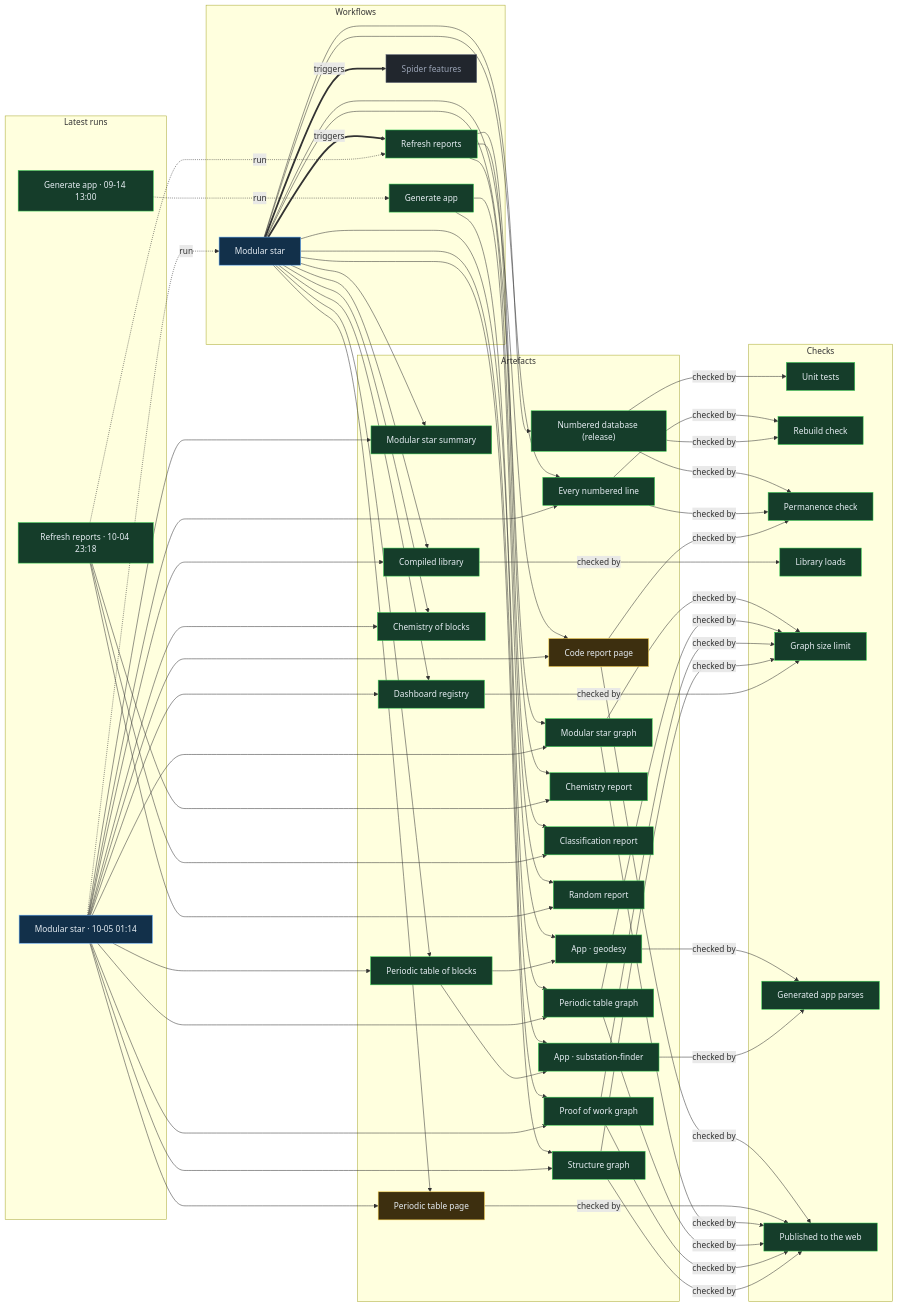
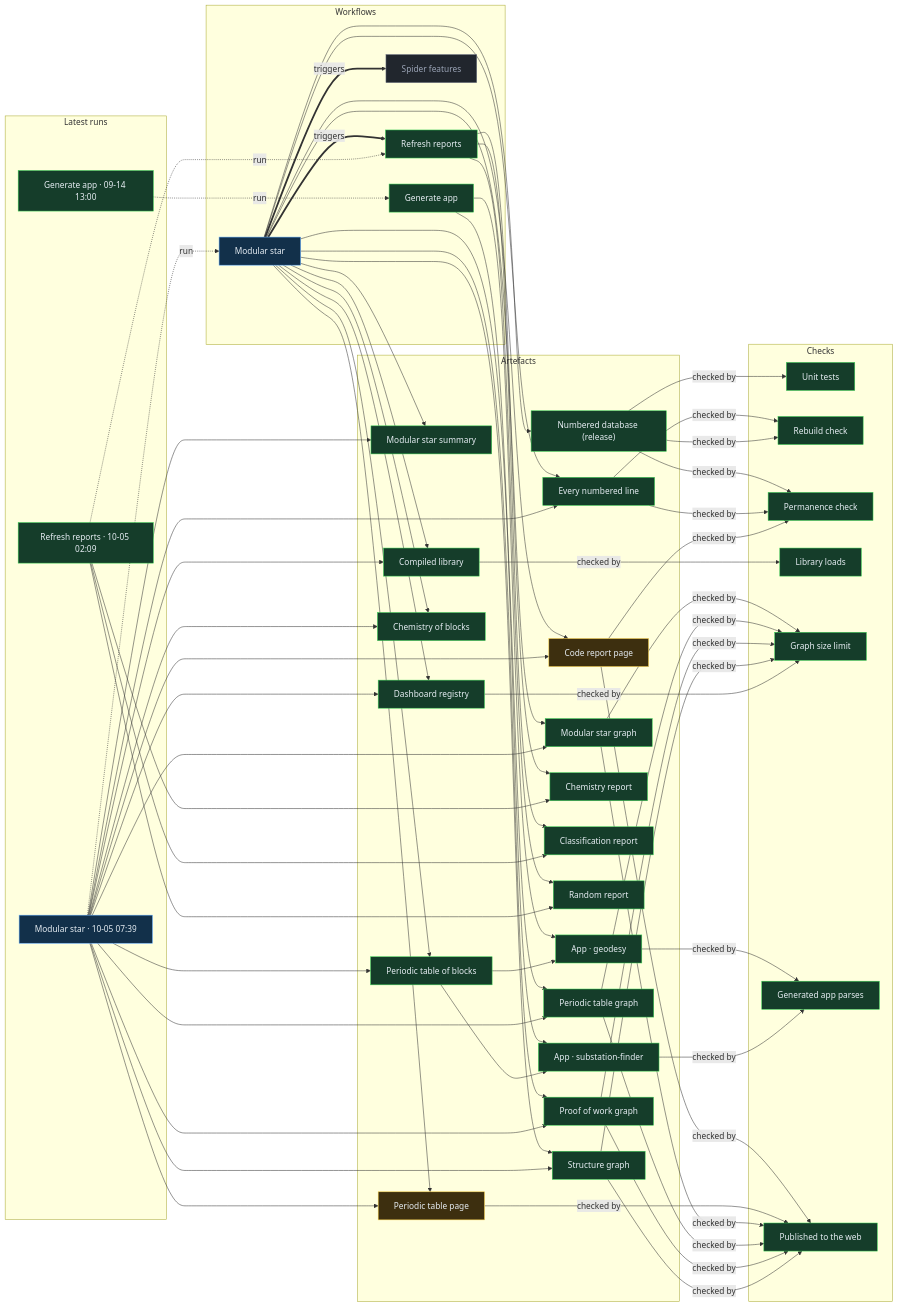
One commit to Ventusltd/stars changed the diagram in proof/PROOF.md. Above: the diagram before and after it, drawn with Mermaid. The commit also changed other lines of this file and 80 other files, not shown here.

Commit message:
Modular star 2026-10-05T07:41Z

```diff
--- a/proof/PROOF.md
+++ b/proof/PROOF.md
@@ -24,8 +24,8 @@
   n_wf_spider_features["Spider features"]:::off
   end
   subgraph g_runs["Latest runs"]
-  n_run_37250636516["Modular star · 10-05 01:14"]:::live
-  n_run_37243302232["Refresh reports · 10-04 23:18"]:::ok
+  n_run_37278937002["Modular star · 10-05 07:39"]:::live
+  n_run_37254279500["Refresh reports · 10-05 02:09"]:::ok
   n_run_34846587798["Generate app · 09-14 13:00"]:::ok
   end
   subgraph g_artefacts["Artefacts"]
@@ -59,39 +59,39 @@
   end
   n_wf_modular_star == triggers ==> n_wf_refresh
   n_wf_modular_star == triggers ==> n_wf_spider_features
-  n_run_37250636516 -. run .-> n_wf_modular_star
-  n_run_37243302232 -. run .-> n_wf_refresh
+  n_run_37278937002 -. run .-> n_wf_modular_star
+  n_run_37254279500 -. run .-> n_wf_refresh
   n_run_34846587798 -. run .-> n_wf_generate
   n_wf_modular_star --> n_art_summary
-  n_run_37250636516 --> n_art_summary
+  n_run_37278937002 --> n_art_summary
   n_wf_modular_star --> n_art_lines
-  n_run_37250636516 --> n_art_lines
+  n_run_37278937002 --> n_art_lines
   n_wf_modular_star --> n_art_code
-  n_run_37250636516 --> n_art_code
+  n_run_37278937002 --> n_art_code
   n_wf_modular_star --> n_art_modular_graph
-  n_run_37250636516 --> n_art_modular_graph
+  n_run_37278937002 --> n_art_modular_graph
   n_wf_modular_star --> n_art_blocks
-  n_run_37250636516 --> n_art_blocks
+  n_run_37278937002 --> n_art_blocks
   n_wf_modular_star --> n_art_table
-  n_run_37250636516 --> n_art_table
+  n_run_37278937002 --> n_art_table
   n_wf_modular_star --> n_art_blocks_graph
-  n_run_37250636516 --> n_art_blocks_graph
+  n_run_37278937002 --> n_art_blocks_graph
   n_wf_modular_star --> n_art_reactions
-  n_run_37250636516 --> n_art_reactions
+  n_run_37278937002 --> n_art_reactions
   n_wf_modular_star --> n_art_library
-  n_run_37250636516 --> n_art_library
+  n_run_37278937002 --> n_art_library
   n_wf_modular_star --> n_art_features
-  n_run_37250636516 --> n_art_features
+  n_run_37278937002 --> n_art_features
   n_wf_modular_star --> n_art_proof
-  n_run_37250636516 --> n_art_proof
+  n_run_37278937002 --> n_art_proof
   n_wf_modular_star --> n_art_structure
-  n_run_37250636516 --> n_art_structure
+  n_run_37278937002 --> n_art_structure
   n_wf_refresh --> n_art_chemistry
-  n_run_37243302232 --> n_art_chemistry
+  n_run_37254279500 --> n_art_chemistry
   n_wf_refresh --> n_art_vedic
-  n_run_37243302232 --> n_art_vedic
+  n_run_37254279500 --> n_art_vedic
   n_wf_refresh --> n_art_random
-  n_run_37243302232 --> n_art_random
+  n_run_37254279500 --> n_art_random
   n_wf_modular_star --> n_art_release
   n_wf_generate --> n_app_geodesy
   n_art_blocks --> n_app_geodesy
```
